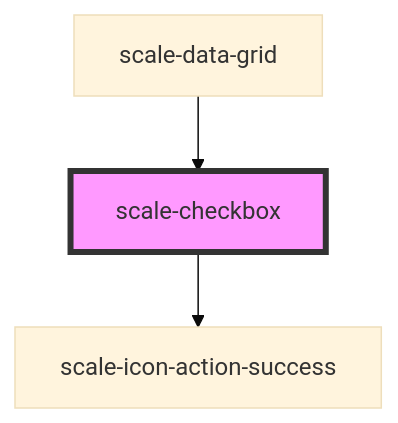
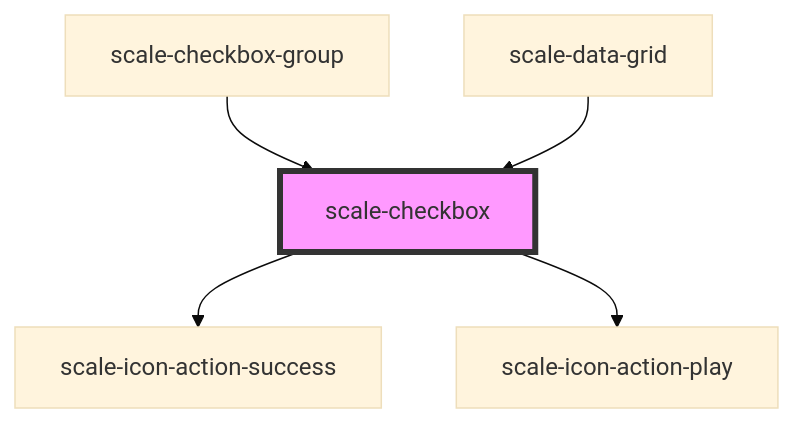
Before and after one commit to telekom/scale: the diagram in packages/components/src/components/checkbox/readme.md, drawn with Mermaid (base theme). The commit also changed other lines of this file and 5 other files, not shown here.

Commit message:
feat: first draft checkbox-group

````diff
--- a/packages/components/src/components/checkbox/readme.md
+++ b/packages/components/src/components/checkbox/readme.md
@@ -41,6 +44,8 @@
 ```mermaid
 graph TD;
   scale-checkbox --> scale-icon-action-success
+  scale-checkbox --> scale-icon-action-play
+  scale-checkbox-group --> scale-checkbox
   scale-data-grid --> scale-checkbox
   style scale-checkbox fill:#f9f,stroke:#333,stroke-width:4px
 ```
````
